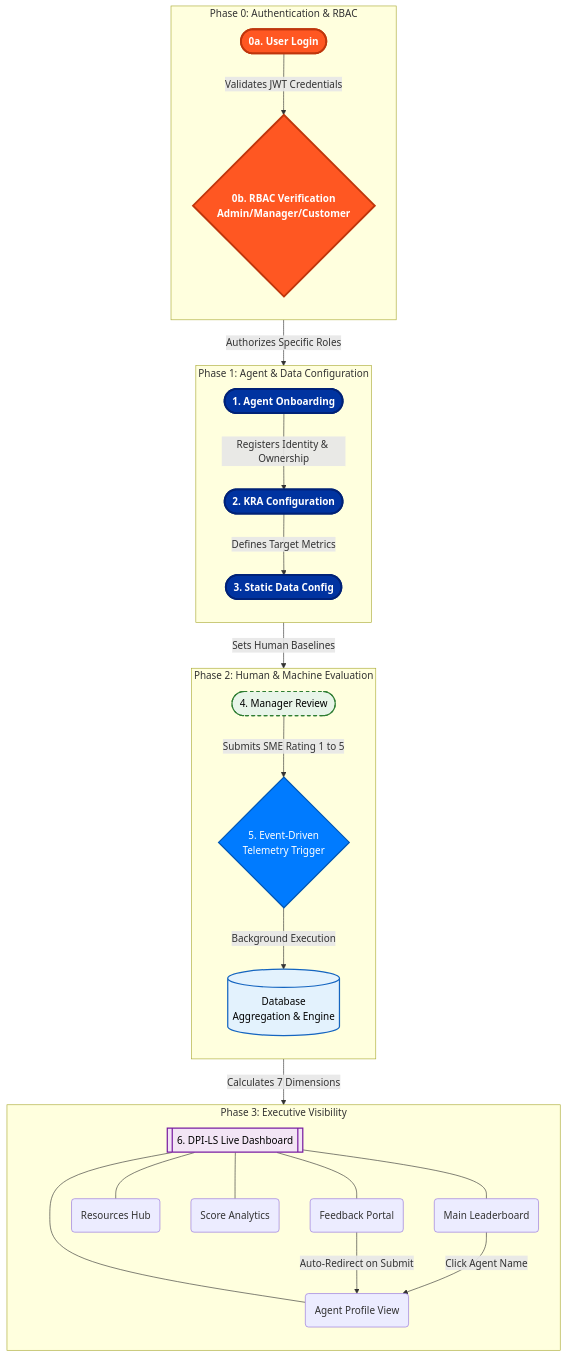
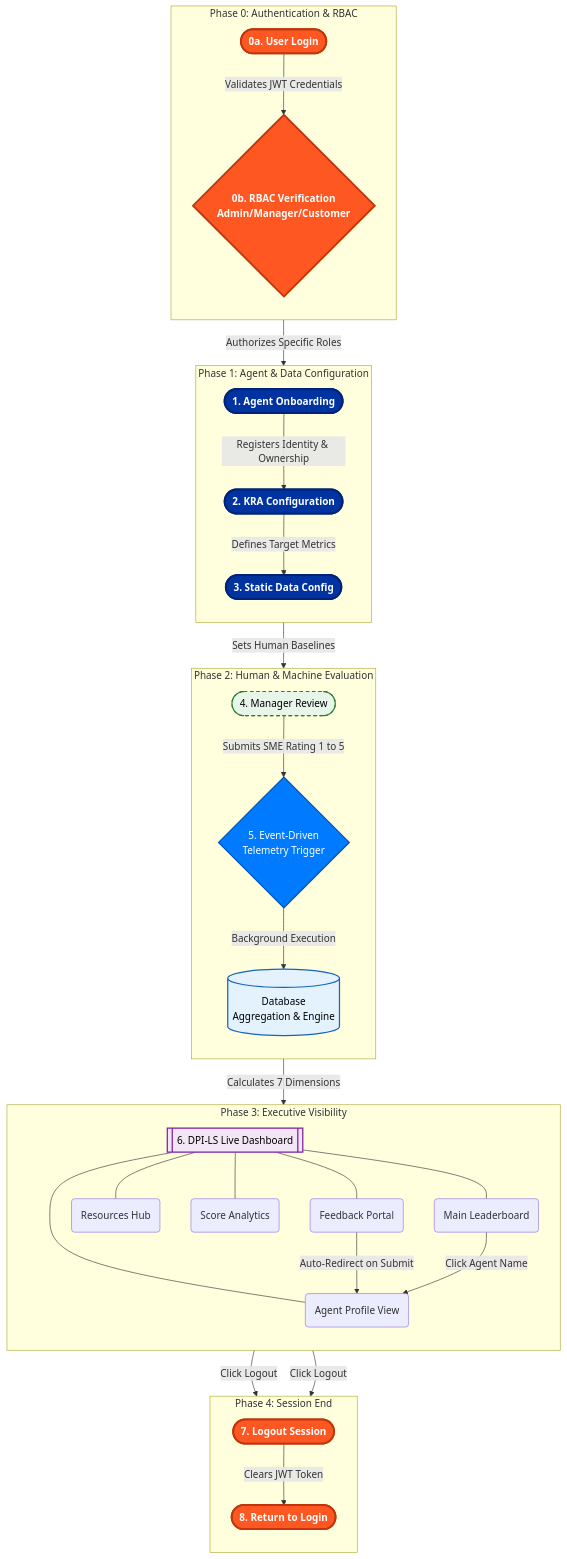
Before and after one commit to phanindraintelligenzit-afk/widget: the diagram in dpi_ls_business_architecture.md, drawn with Mermaid. The commit also changed other lines of this file, not shown here.

Commit message:
docs: move logout step to the bottom of the architecture diagram and text

````diff
--- a/dpi_ls_business_architecture.md
+++ b/dpi_ls_business_architecture.md
@@ -5,62 +5,72 @@
 ```mermaid
 flowchart TD
     %% Define Global Styles
     classDef primary fill:#0033A0,stroke:#002277,stroke-width:3px,color:#ffffff,font-weight:bold,rx:10px,ry:10px;
     classDef secondary fill:#007BFF,stroke:#0056b3,stroke-width:2px,color:#ffffff,rx:8px,ry:8px;
     classDef database fill:#E3F2FD,stroke:#1565C0,stroke-width:2px,color:#000000;
     classDef dashboard fill:#F3E5F5,stroke:#7B1FA2,stroke-width:2px,color:#000000;
     classDef userAction fill:#E8F5E9,stroke:#2E7D32,stroke-width:2px,color:#000000,stroke-dasharray: 5 5;
     classDef security fill:#FF5722,stroke:#BF360C,stroke-width:3px,color:#ffffff,font-weight:bold,rx:10px,ry:10px;
     
     %% Main Nodes
     subgraph Phase 0: Security [Phase 0: Authentication & RBAC]
         direction TB
         L([0a. User Login]):::security
         R{0b. RBAC Verification<br/>Admin/Manager/Customer}:::security
     end
 
     subgraph Phase 1: Preparation [Phase 1: Agent & Data Configuration]
         direction TB
         A([1. Agent Onboarding]):::primary
         B([2. KRA Configuration]):::primary
         C([3. Static Data Config]):::primary
     end
 
     subgraph Phase 2: Evaluation [Phase 2: Human & Machine Evaluation]
         direction TB
         D([4. Manager Review]):::userAction
         E{5. Event-Driven<br/>Telemetry Trigger}:::secondary
         F[(Database<br/>Aggregation & Engine)]:::database
     end
     
     subgraph Phase 3: Visibility [Phase 3: Executive Visibility]
         direction TB
         G[[6. DPI-LS Live Dashboard]]:::dashboard
         G1(Main Leaderboard)
         G2(Resources Hub)
         G3(Score Analytics)
         G4(Feedback Portal)
         G5(Agent Profile View)
     end
+    
+    subgraph Phase 4: Termination [Phase 4: Session End]
+        direction TB
+        H([7. Logout Session]):::security
+        L2([8. Return to Login]):::security
+    end
 
     %% Connections
     L -->|Validates JWT Credentials| R
     R -->|Authorizes Specific Roles| A
     
     A -->|Registers Identity & Ownership| B
     B -->|Defines Target Metrics| C
     C -->|Sets Human Baselines| D
     
     D -->|Submits SME Rating 1 to 5| E
     E -->|Background Execution| F
     F -->|Calculates 7 Dimensions| G
     
     G --- G1
     G --- G2
     G --- G3
     G --- G4
     G --- G5
     
     G4 -->|Auto-Redirect on Submit| G5
     G1 -->|Click Agent Name| G5
+    
+    G -->|Click Logout| H
+    G5 -->|Click Logout| H
+    H -->|Clears JWT Token| L2
 ```
````
